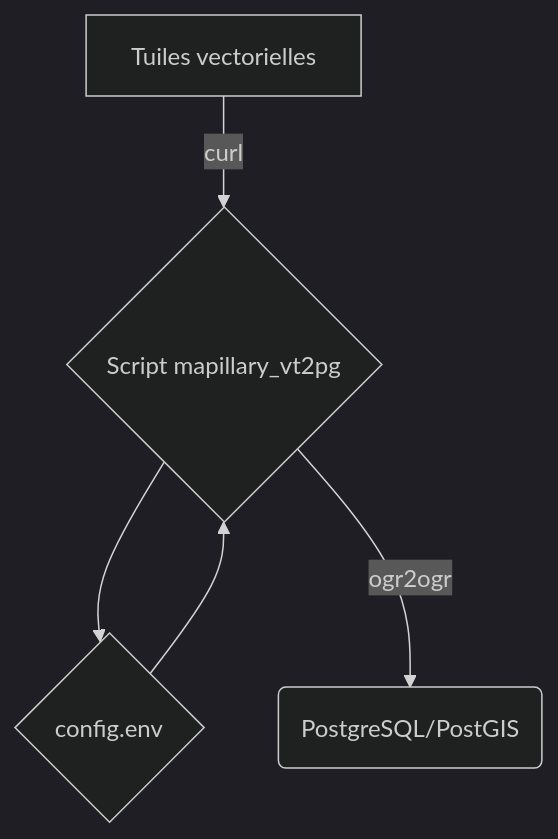
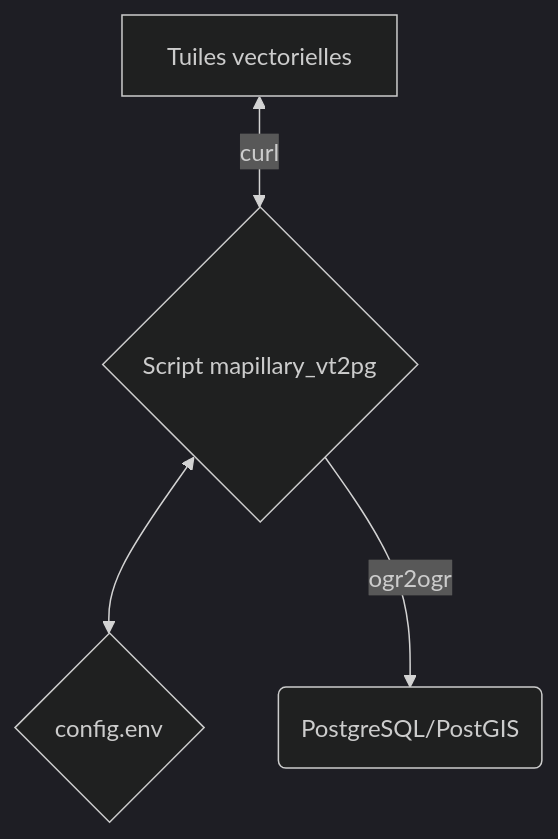
One commit to geotribu/website changed the diagram in content/articles/2022/2022-05-31_donnees_mapillary.md. Above: the diagram before and after it, drawn with Mermaid (dark theme).

Commit message:
Flowchart (test)

````diff
--- a/content/articles/2022/2022-05-31_donnees_mapillary.md
+++ b/content/articles/2022/2022-05-31_donnees_mapillary.md
@@ -103,8 +103,7 @@
 ```mermaid
-graph TD;
-    A[Tuiles vectorielles ];
-    A --> |curl| B{Script mapillary_vt2pg};
-    B --> C{config.env};
-    C --> B;
-    B --> |ogr2ogr| E(PostgreSQL/PostGIS);
+flowchart TD;
+    A[Tuiles vectorielles ]
+    A <--> |curl| B{Script mapillary_vt2pg}
+    B <--> C{config.env}
+    B --> |ogr2ogr| E(PostgreSQL/PostGIS)
 ```
````
